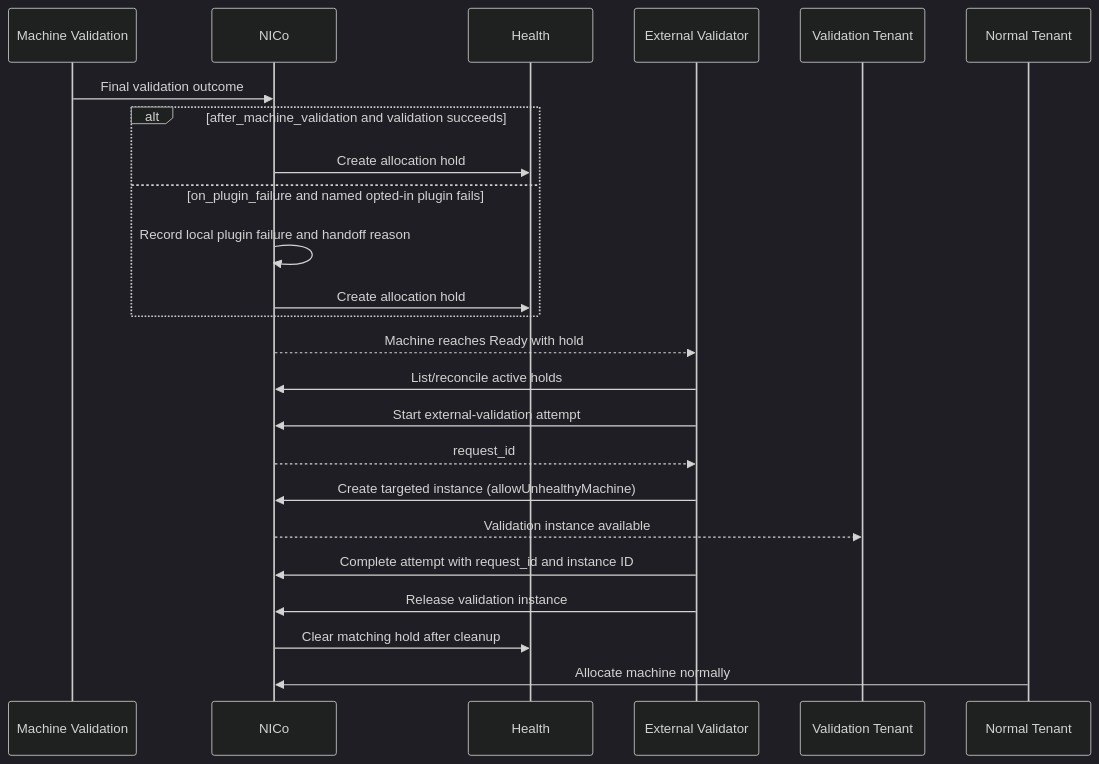
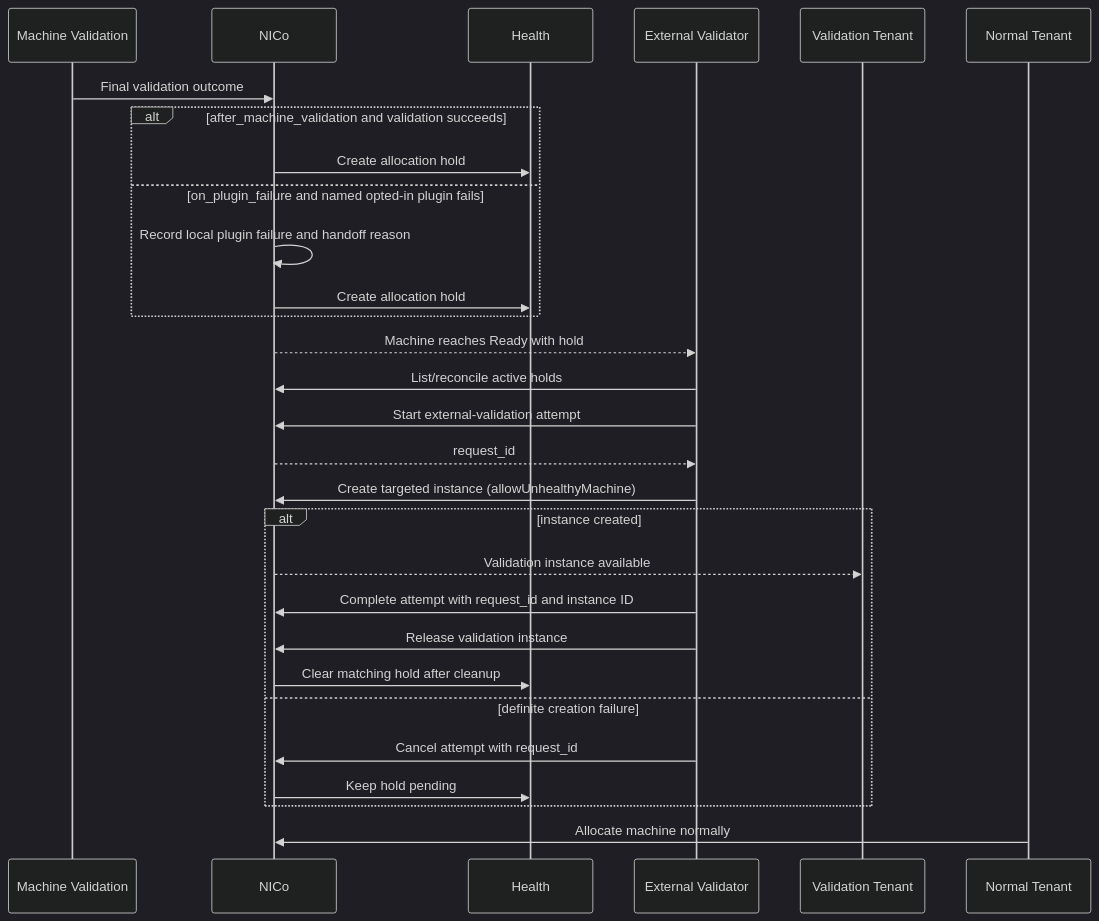
Before and after one commit to dsx-ai-factory/infra-controller: the diagram in designs/machine-validation/external-validation-allocation-hold.md, drawn with Mermaid (dark theme). The commit also changed other lines of this file, not shown here.

Commit message:
docs(machine-validation): handle pre-allocation cancellation

````diff
--- a/designs/machine-validation/external-validation-allocation-hold.md
+++ b/designs/machine-validation/external-validation-allocation-hold.md
@@ -275,27 +275,32 @@
 ```mermaid
 sequenceDiagram
     participant MV as Machine Validation
     participant NICo
     participant Health
     participant Validator as External Validator
     participant Tenant as Validation Tenant
     participant Normal as Normal Tenant
 
     MV->>NICo: Final validation outcome
     alt after_machine_validation and validation succeeds
         NICo->>Health: Create allocation hold
     else on_plugin_failure and named opted-in plugin fails
         NICo->>NICo: Record local plugin failure and handoff reason
         NICo->>Health: Create allocation hold
     end
     NICo-->>Validator: Machine reaches Ready with hold
     Validator->>NICo: List/reconcile active holds
     Validator->>NICo: Start external-validation attempt
     NICo-->>Validator: request_id
     Validator->>NICo: Create targeted instance (allowUnhealthyMachine)
-    NICo-->>Tenant: Validation instance available
-    Validator->>NICo: Complete attempt with request_id and instance ID
-    Validator->>NICo: Release validation instance
-    NICo->>Health: Clear matching hold after cleanup
+    alt instance created
+        NICo-->>Tenant: Validation instance available
+        Validator->>NICo: Complete attempt with request_id and instance ID
+        Validator->>NICo: Release validation instance
+        NICo->>Health: Clear matching hold after cleanup
+    else definite creation failure
+        Validator->>NICo: Cancel attempt with request_id
+        NICo->>Health: Keep hold pending
+    end
     Normal->>NICo: Allocate machine normally
 ```
````
